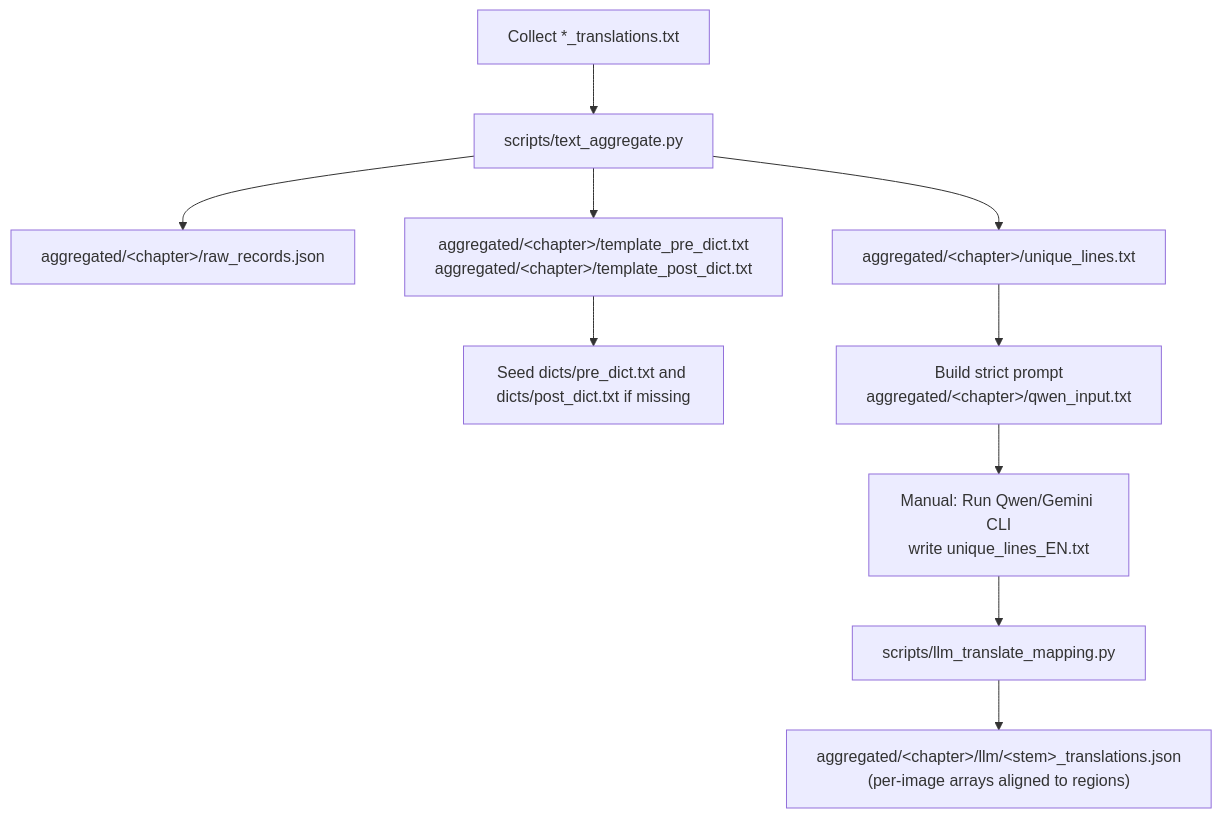
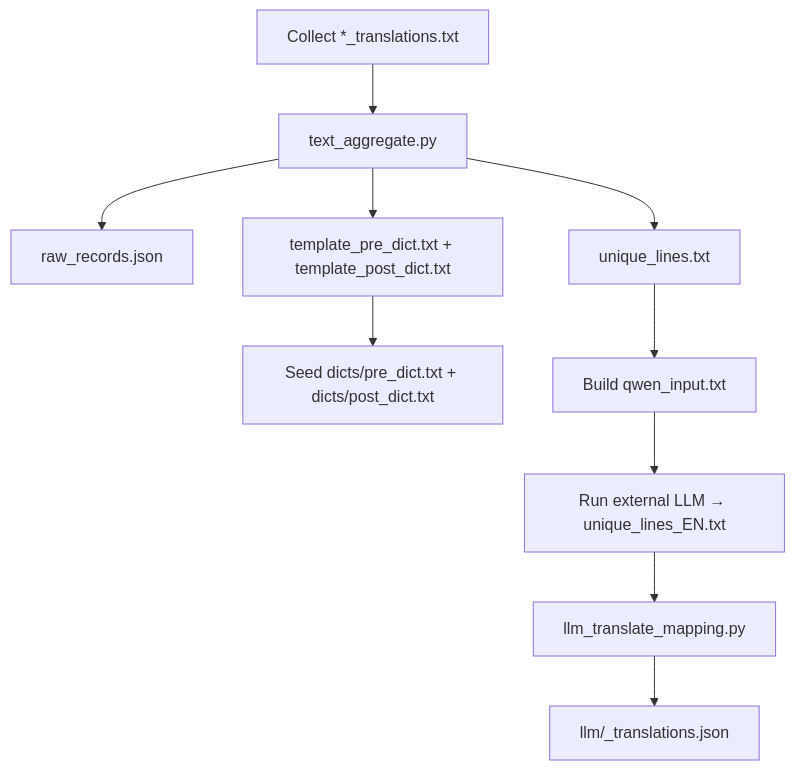
The third of 4 diagrams in README.md (bizzkoot/manga-image-translator-wrapper), drawn with Mermaid before and after one commit. The commit also changed other lines of this file and 7 other files, not shown here.

````diff
--- a/README.md
+++ b/README.md
@@ -204,12 +153,12 @@
 ```mermaid
 graph TD
-  A1["Collect *_translations.txt"] --> A2["scripts/text_aggregate.py"]
-  A2 --> A3["aggregated/&lt;chapter&gt;/raw_records.json"]
-  A2 --> A4["aggregated/&lt;chapter&gt;/unique_lines.txt"]
-  A2 --> A5["aggregated/&lt;chapter&gt;/template_pre_dict.txt<br/>aggregated/&lt;chapter&gt;/template_post_dict.txt"]
-  A5 --> A6["Seed dicts/pre_dict.txt and dicts/post_dict.txt if missing"]
-  A4 --> A7["Build strict prompt<br/>aggregated/&lt;chapter&gt;/qwen_input.txt"]
-  A7 --> A8["Manual: Run Qwen/Gemini CLI<br/>write unique_lines_EN.txt"]
-  A8 --> A9["scripts/llm_translate_mapping.py"]
-  A9 --> A10["aggregated/&lt;chapter&gt;/llm/&lt;stem&gt;_translations.json<br/>(per-image arrays aligned to regions)"]
+  A1["Collect *_translations.txt"] --> A2["text_aggregate.py"]
+  A2 --> A3["raw_records.json"]
+  A2 --> A4["unique_lines.txt"]
+  A2 --> A5["template_pre_dict.txt + template_post_dict.txt"]
+  A5 --> A6["Seed dicts/pre_dict.txt + dicts/post_dict.txt"]
+  A4 --> A7["Build qwen_input.txt"]
+  A7 --> A8["Run external LLM → unique_lines_EN.txt"]
+  A8 --> A9["llm_translate_mapping.py"]
+  A9 --> A10["llm/<stem>_translations.json"]
 ```
````
